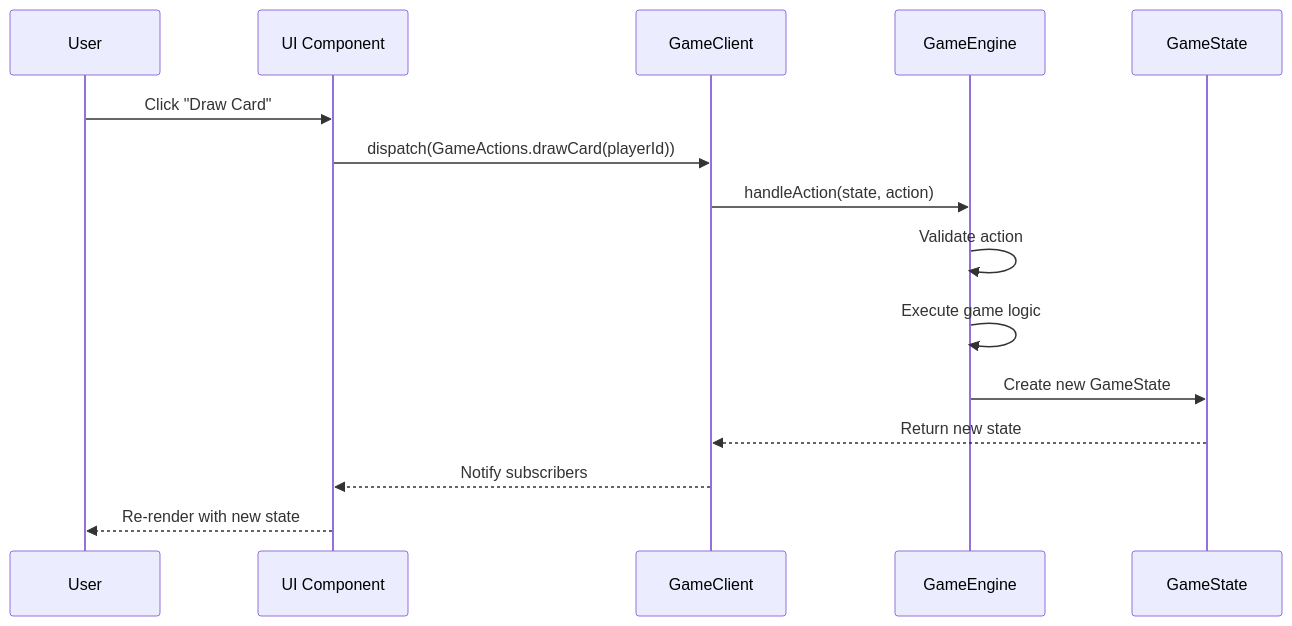
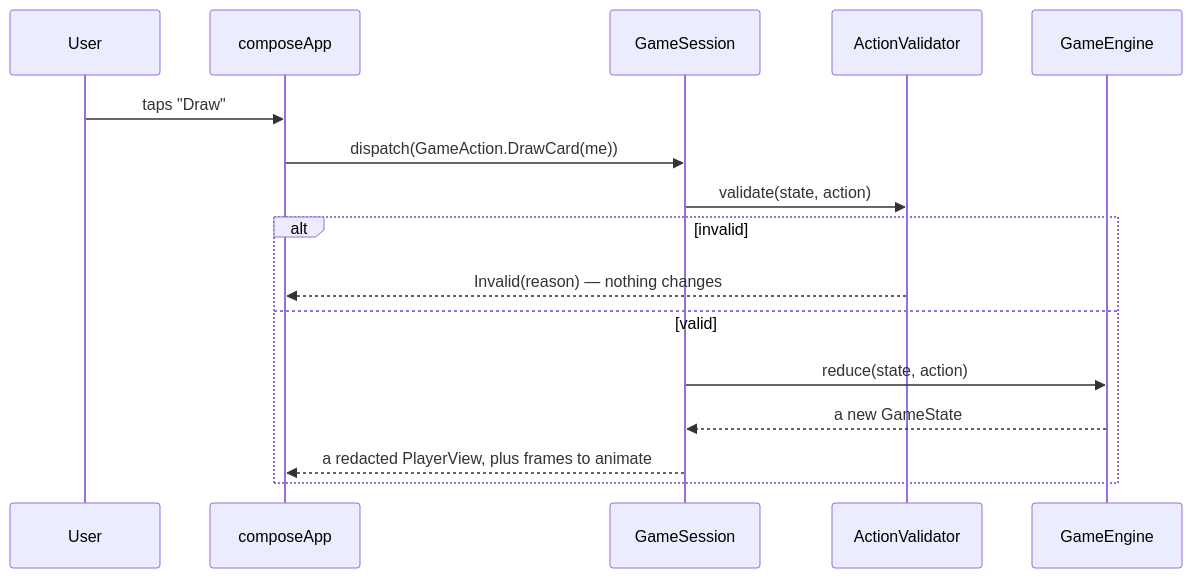
One commit to Lonli-Lokli/vinto changed the second of 3 diagrams in README.md. Above: the diagram before and after it, drawn with Mermaid. The commit also changed other lines of this file and 952 other files, not shown here.

````diff
--- a/README.md
+++ b/README.md
@@ -95,18 +104,19 @@
 ```mermaid
 sequenceDiagram
     participant User
-    participant UI as UI Component
-    participant GC as GameClient
-    participant GE as GameEngine
-    participant State as GameState
+    participant UI as composeApp
+    participant S as GameSession
+    participant V as ActionValidator
+    participant E as GameEngine
 
-    User->>UI: Click "Draw Card"
-    UI->>GC: dispatch(GameActions.drawCard(playerId))
-    GC->>GE: handleAction(state, action)
-    GE->>GE: Validate action
-    GE->>GE: Execute game logic
-    GE->>State: Create new GameState
-    State-->>GC: Return new state
-    GC-->>UI: Notify subscribers
-    UI-->>User: Re-render with new state
+    User->>UI: taps "Draw"
+    UI->>S: dispatch(GameAction.DrawCard(me))
+    S->>V: validate(state, action)
+    alt invalid
+        V-->>UI: Invalid(reason) — nothing changes
+    else valid
+        S->>E: reduce(state, action)
+        E-->>S: a new GameState
+        S-->>UI: a redacted PlayerView, plus frames to animate
+    end
 ```
````
